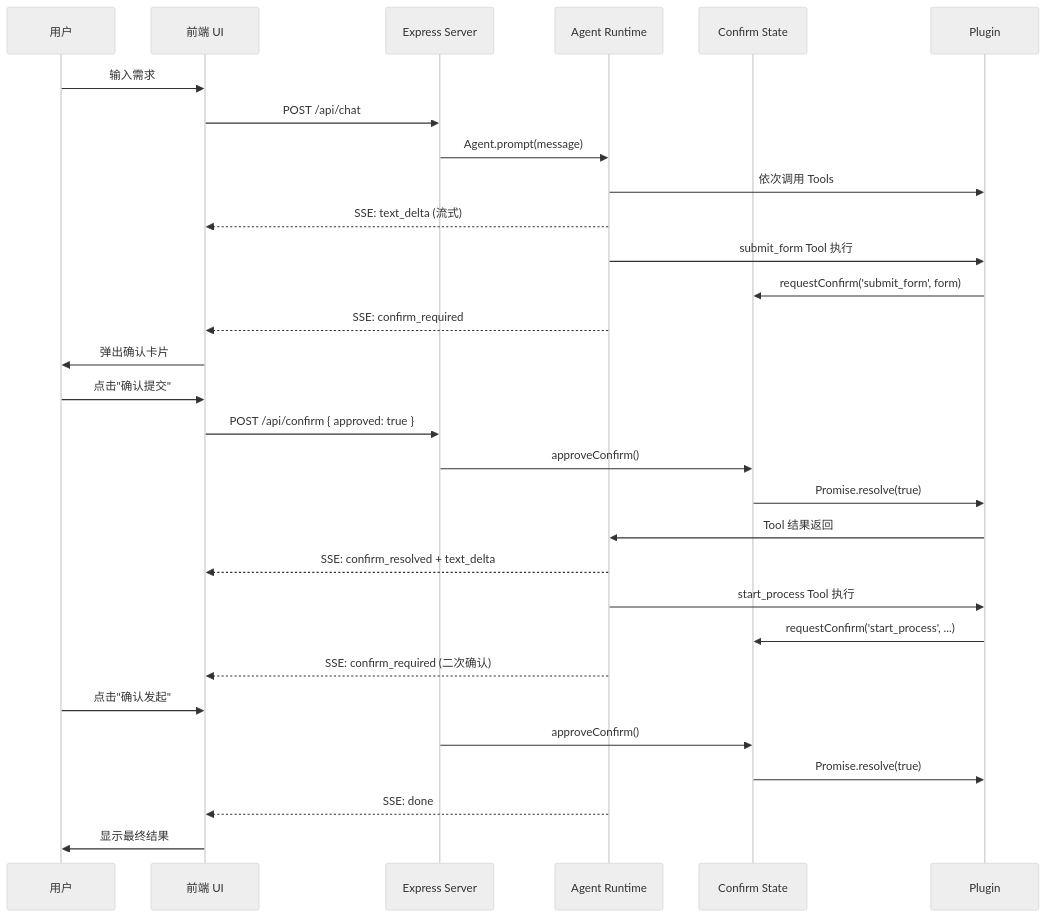
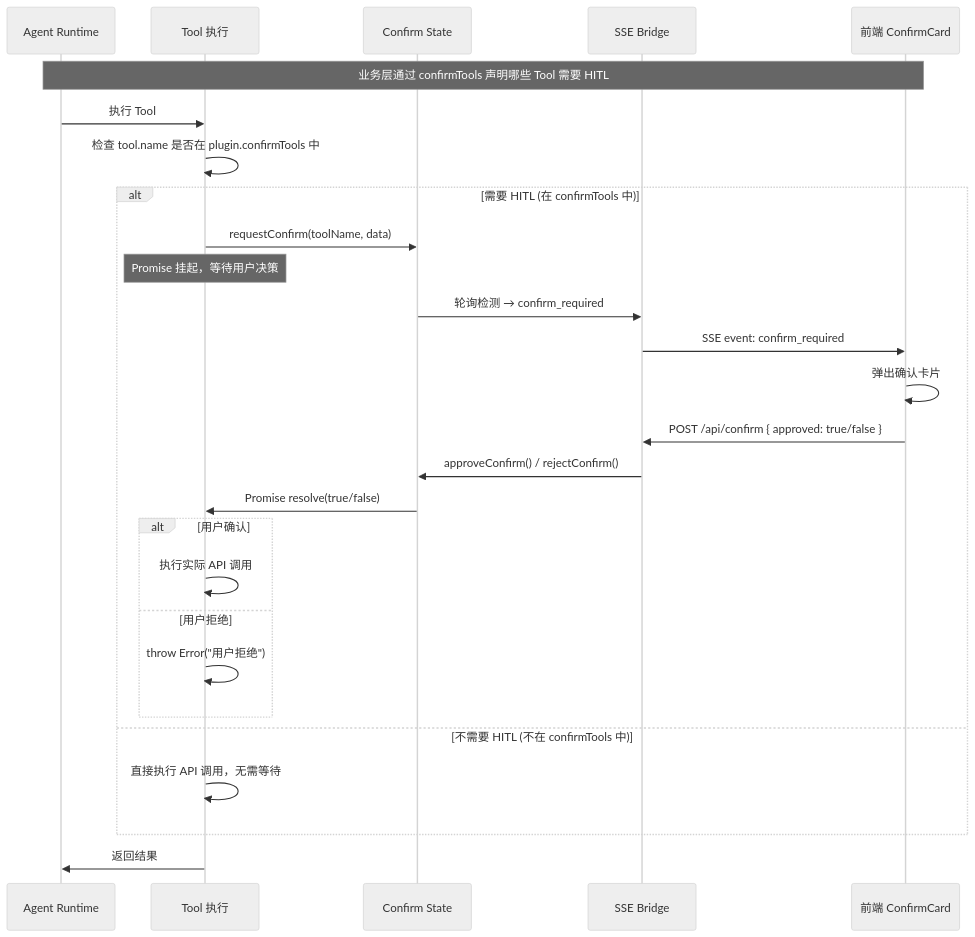
The second of 2 diagrams in docs/DESIGN.md (yjzaaa/leave-approval-agent), drawn with Mermaid (neutral theme) before and after one commit. The commit also changed other lines of this file and 1 other file, not shown here.

First line of the commit message:
docs: DESIGN v3.1 + README 更新 — HITL 由业务决定

````diff
--- a/docs/DESIGN.md
+++ b/docs/DESIGN.md
@@ -167,33 +95,33 @@
 ```mermaid
 sequenceDiagram
-    participant U as 用户
-    participant F as 前端 UI
-    participant S as Express Server
-    participant A as Agent Runtime
-    participant C as Confirm State
-    participant P as Plugin
+    participant Agent as Agent Runtime
+    participant Tool as Tool 执行
+    participant State as Confirm State
+    participant SSE as SSE Bridge
+    participant UI as 前端 ConfirmCard
 
-    U->>F: 输入需求
-    F->>S: POST /api/chat
-    S->>A: Agent.prompt(message)
-    A->>P: 依次调用 Tools
-    A-->>F: SSE: text_delta (流式)
-    A->>P: submit_form Tool 执行
-    P->>C: requestConfirm('submit_form', form)
-    A-->>F: SSE: confirm_required
-    F->>U: 弹出确认卡片
-    U->>F: 点击"确认提交"
-    F->>S: POST /api/confirm { approved: true }
-    S->>C: approveConfirm()
-    C->>P: Promise.resolve(true)
-    P->>A: Tool 结果返回
-    A-->>F: SSE: confirm_resolved + text_delta
-    A->>P: start_process Tool 执行
-    P->>C: requestConfirm('start_process', ...)
-    A-->>F: SSE: confirm_required (二次确认)
-    U->>F: 点击"确认发起"
-    S->>C: approveConfirm()
-    C->>P: Promise.resolve(true)
-    A-->>F: SSE: done
-    F->>U: 显示最终结果
+    Note over Agent,UI: 业务层通过 confirmTools 声明哪些 Tool 需要 HITL
+
+    Agent->>Tool: 执行 Tool
+    Tool->>Tool: 检查 tool.name 是否在 plugin.confirmTools 中
+    
+    alt 需要 HITL (在 confirmTools 中)
+        Tool->>State: requestConfirm(toolName, data)
+        Note over Tool: Promise 挂起，等待用户决策
+        State->>SSE: 轮询检测 → confirm_required
+        SSE->>UI: SSE event: confirm_required
+        UI->>UI: 弹出确认卡片
+        UI->>SSE: POST /api/confirm { approved: true/false }
+        SSE->>State: approveConfirm() / rejectConfirm()
+        State->>Tool: Promise resolve(true/false)
+        alt 用户确认
+            Tool->>Tool: 执行实际 API 调用
+        else 用户拒绝
+            Tool->>Tool: throw Error("用户拒绝")
+        end
+    else 不需要 HITL (不在 confirmTools 中)
+        Tool->>Tool: 直接执行 API 调用，无需等待
+    end
+
+    Tool->>Agent: 返回结果
 ```
````
